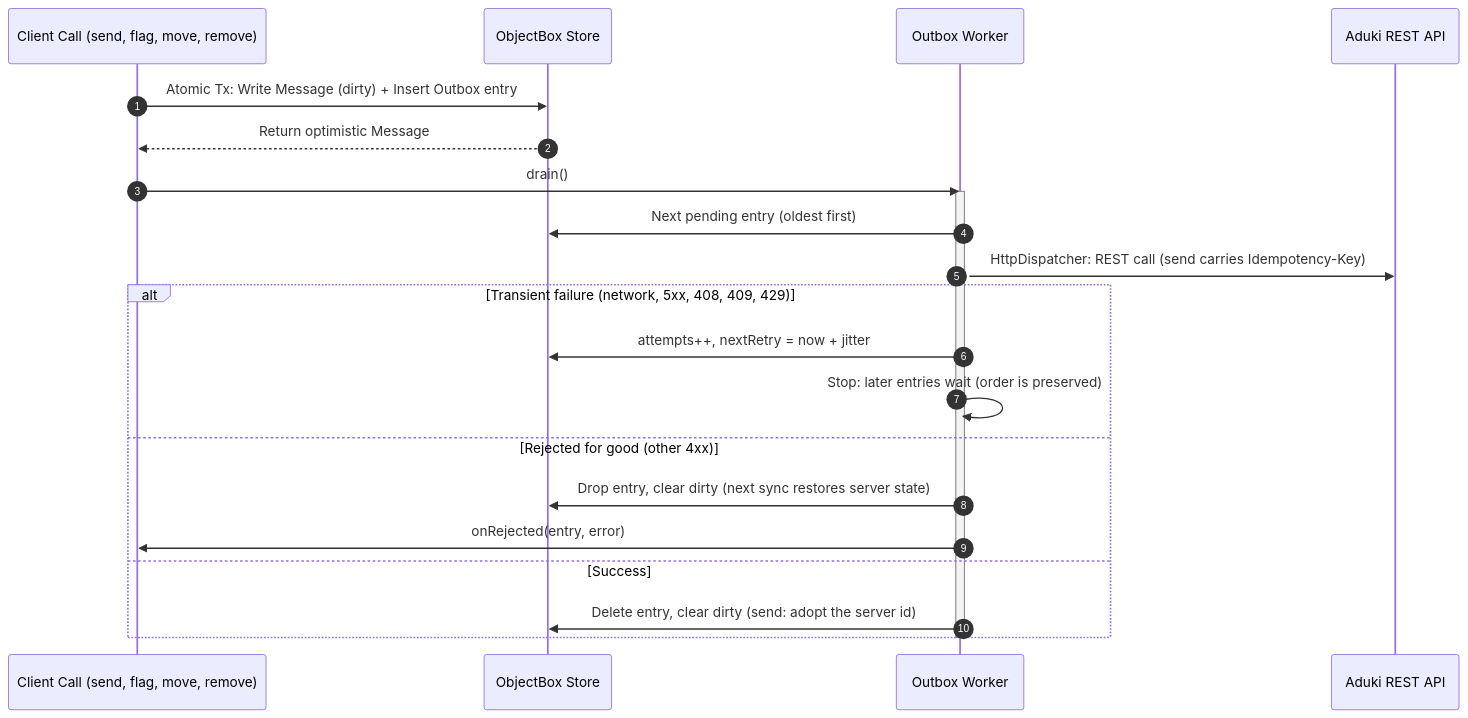
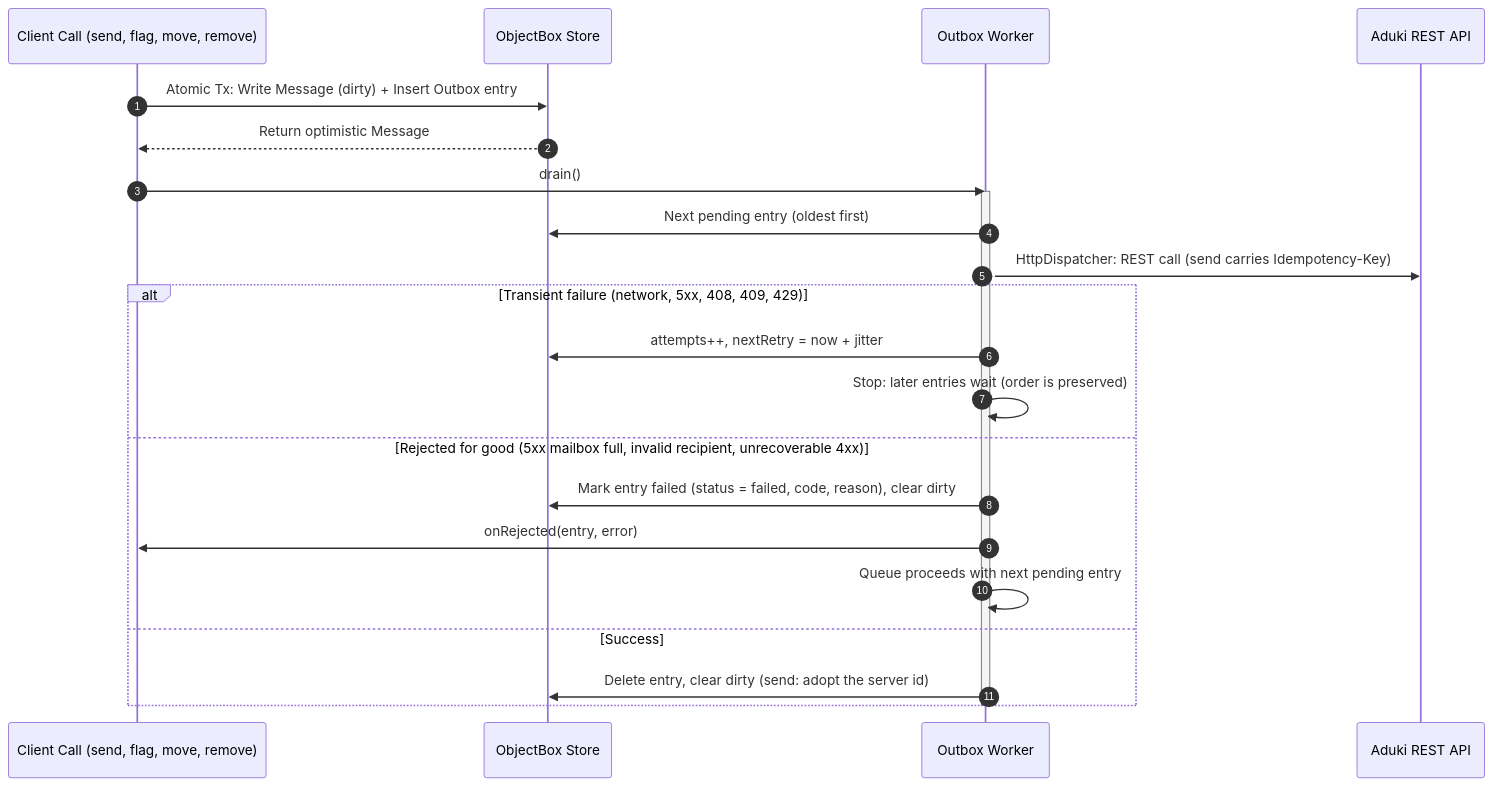
The diagram in docs/services/outbox.md (adukilabs/aduki-kt), drawn with Mermaid before and after one commit. The commit also changed other lines of this file and 10 other files, not shown here.

First line of the commit message:
fix(sync): preserve permanently failed actions in outbox (#74)

````diff
--- a/docs/services/outbox.md
+++ b/docs/services/outbox.md
@@ -9,25 +9,26 @@
 ```mermaid
 sequenceDiagram
     autonumber
     participant App as Client Call (send, flag, move, remove)
     participant Store as ObjectBox Store
     participant Worker as Outbox Worker
     participant Server as Aduki REST API
 
     App->>Store: Atomic Tx: Write Message (dirty) + Insert Outbox entry
     Store-->>App: Return optimistic Message
     App->>Worker: drain()
     activate Worker
     Worker->>Store: Next pending entry (oldest first)
     Worker->>Server: HttpDispatcher: REST call (send carries Idempotency-Key)
     alt Transient failure (network, 5xx, 408, 409, 429)
         Worker->>Store: attempts++, nextRetry = now + jitter
         Worker->>Worker: Stop: later entries wait (order is preserved)
-    else Rejected for good (other 4xx)
-        Worker->>Store: Drop entry, clear dirty (next sync restores server state)
+    else Rejected for good (5xx mailbox full, invalid recipient, unrecoverable 4xx)
+        Worker->>Store: Mark entry failed (status = failed, code, reason), clear dirty
         Worker->>App: onRejected(entry, error)
+        Worker->>Worker: Queue proceeds with next pending entry
     else Success
         Worker->>Store: Delete entry, clear dirty (send: adopt the server id)
     end
     deactivate Worker
 ```
````
